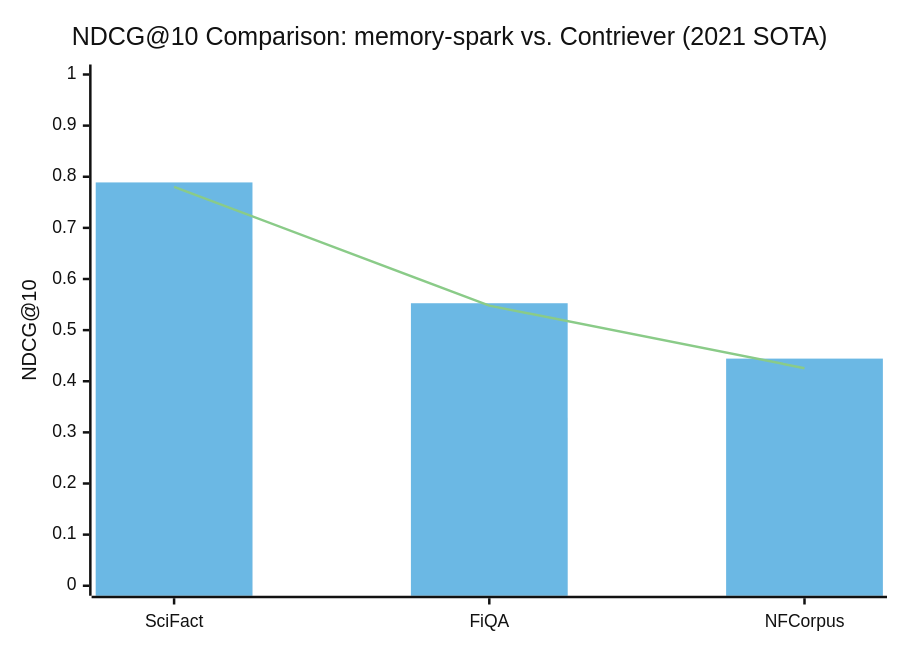
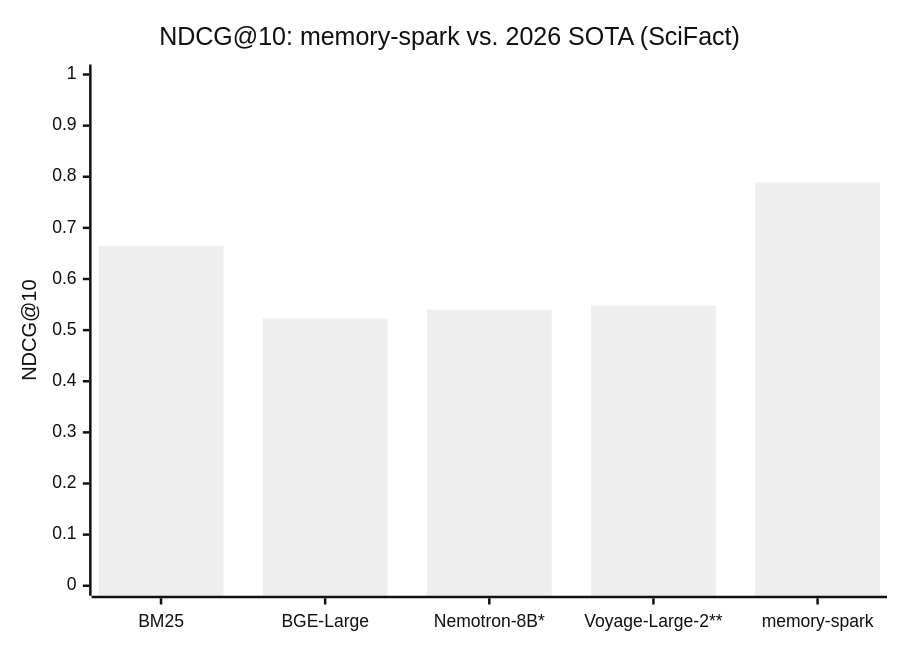
The fifth of 5 diagrams in README.md (kleinpanic/memory-spark), drawn with Mermaid (neutral theme) before and after one commit. The commit also changed other lines of this file, not shown here.

First line of the commit message:
fix(readme): fix Mermaid diagram, update benchmarks to 2026 SOTA, expand config

````diff
--- a/README.md
+++ b/README.md
@@ -534,9 +571,7 @@
 ```mermaid
 xychart-beta
-    title "NDCG@10 Comparison: memory-spark vs. Contriever (2021 SOTA)"
-    x-axis ["SciFact", "FiQA", "NFCorpus"]
+    title "NDCG@10: memory-spark vs. 2026 SOTA (SciFact)"
+    x-axis ["BM25", "BGE-Large", "Nemotron-8B*", "Voyage-Large-2**", "memory-spark"]
     y-axis "NDCG@10" 0 --> 1
-    bar [0.677, 0.329, 0.328]
-    bar [0.7889, 0.5526, 0.4443]
-    line [0.7802, 0.5479, 0.4256]
+    bar [0.665, 0.523, 0.540, 0.548, 0.7889]
 ```
````
